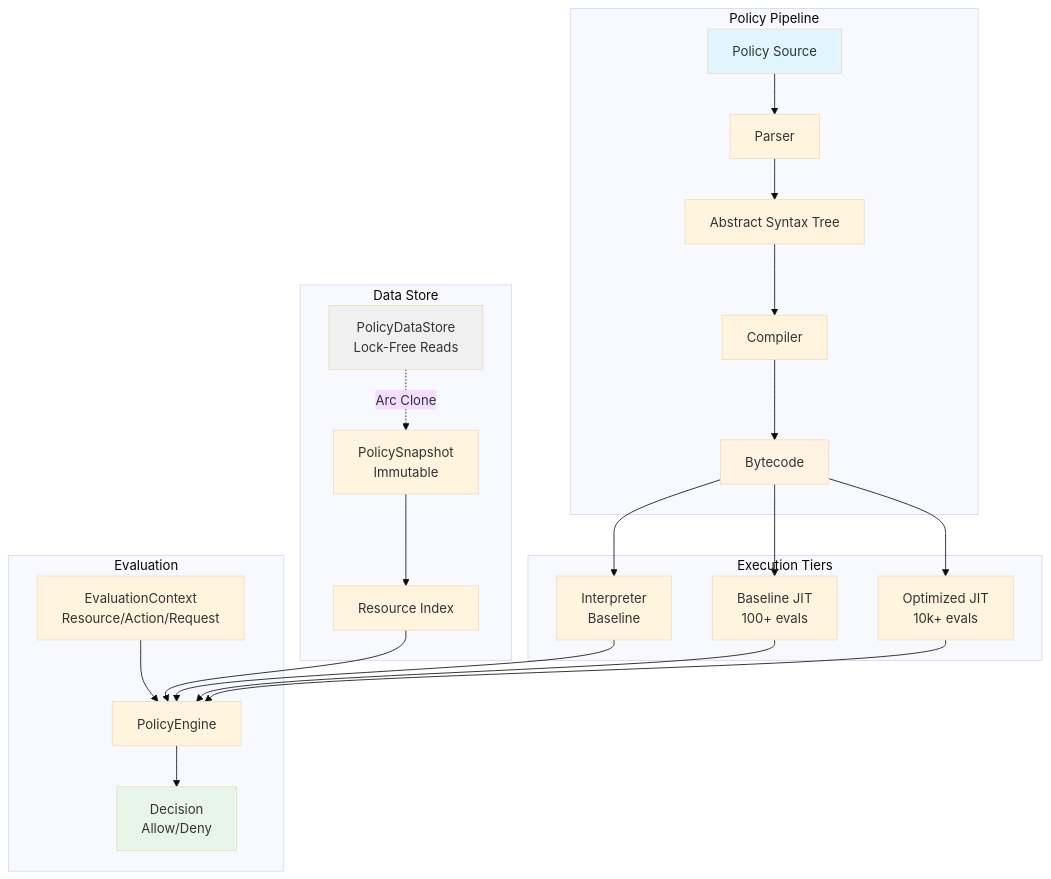
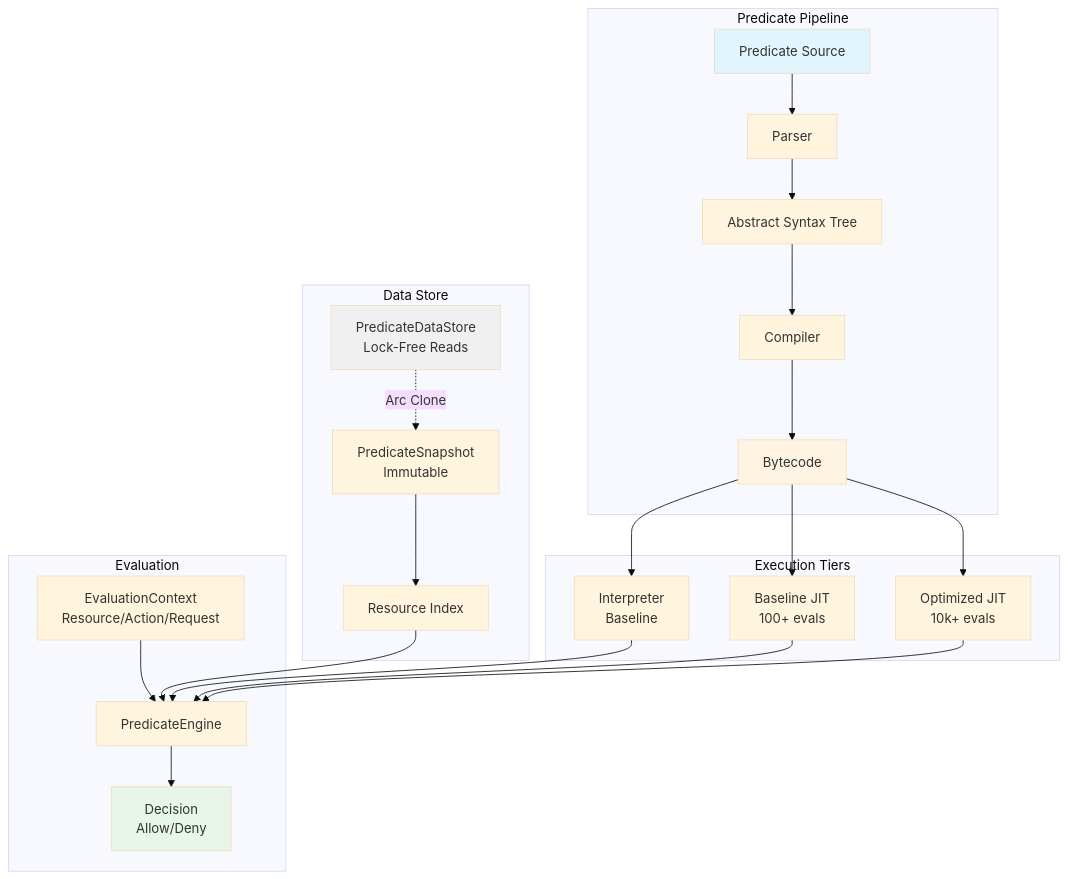
The diagram in README.md (jrepp/ipe), drawn with Mermaid (base theme) before and after one commit. The commit also changed other lines of this file and 11 other files, not shown here.

First line of the commit message:
Rename from Intent Policy Engine to Idempotent Predicate Engine

````diff
--- a/README.md
+++ b/README.md
@@ -35,36 +35,36 @@
 ```mermaid
 graph TB
-    subgraph "Policy Pipeline"
-        Source[Policy Source] --> Parser
+    subgraph "Predicate Pipeline"
+        Source[Predicate Source] --> Parser
         Parser --> AST[Abstract Syntax Tree]
         AST --> Compiler
         Compiler --> Bytecode
     end
 
     subgraph "Execution Tiers"
         Bytecode --> Interpreter[Interpreter<br/>Baseline]
         Bytecode --> BaselineJIT[Baseline JIT<br/>100+ evals]
         Bytecode --> OptimizedJIT[Optimized JIT<br/>10k+ evals]
     end
 
     subgraph "Data Store"
-        Store[PolicyDataStore<br/>Lock-Free Reads] -.Arc Clone.-> Snapshot[PolicySnapshot<br/>Immutable]
+        Store[PredicateDataStore<br/>Lock-Free Reads] -.Arc Clone.-> Snapshot[PredicateSnapshot<br/>Immutable]
         Snapshot --> Index[Resource Index]
     end
 
     subgraph "Evaluation"
-        Engine[PolicyEngine]
+        Engine[PredicateEngine]
         Context[EvaluationContext<br/>Resource/Action/Request]
         Interpreter --> Engine
         BaselineJIT --> Engine
         OptimizedJIT --> Engine
         Index --> Engine
         Context --> Engine
         Engine --> Decision[Decision<br/>Allow/Deny]
     end
 
     style Source fill:#e1f5ff
     style Bytecode fill:#fff4e1
     style Store fill:#f0f0f0
     style Decision fill:#e8f5e9
 ```
````
